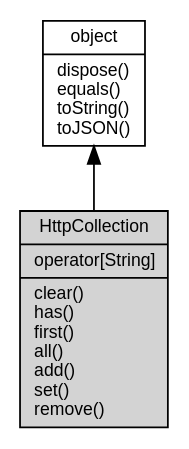
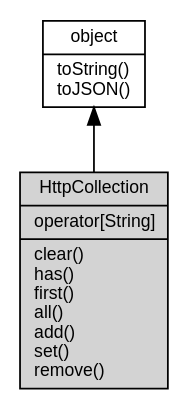
One commit to asionius/fibjs-ceph changed the diagram in docs/object/ifs/HttpCollection.md. Above: the diagram before and after it, drawn with Graphviz. The commit also changed other lines of this file and 138 other files, not shown here.

````diff
--- a/docs/object/ifs/HttpCollection.md
+++ b/docs/object/ifs/HttpCollection.md
@@ -5,10 +5,10 @@
 ```dot
 digraph {
     node [fontname="Helvetica,sans-Serif", fontsize=10, shape="record", style="filled", fillcolor="white"];
 
-    object [tooltip="object", URL="object.md", label="{object|dispose()\lequals()\ltoString()\ltoJSON()\l}"];
-    HttpCollection [tooltip="HttpCollection", fillcolor="lightgray", label="{HttpCollection|operator[String]\l|clear()\lhas()\lfirst()\lall()\ladd()\lset()\lremove()\l}"];
+    object [tooltip="object", URL="object.md", label="{object|toString()\ltoJSON()\l}"];
+    HttpCollection [tooltip="HttpCollection", fillcolor="lightgray", id="me", label="{HttpCollection|operator[String]\l|clear()\lhas()\lfirst()\lall()\ladd()\lset()\lremove()\l}"];
 
     object -> HttpCollection [dir=back];
 }
 ```
````
